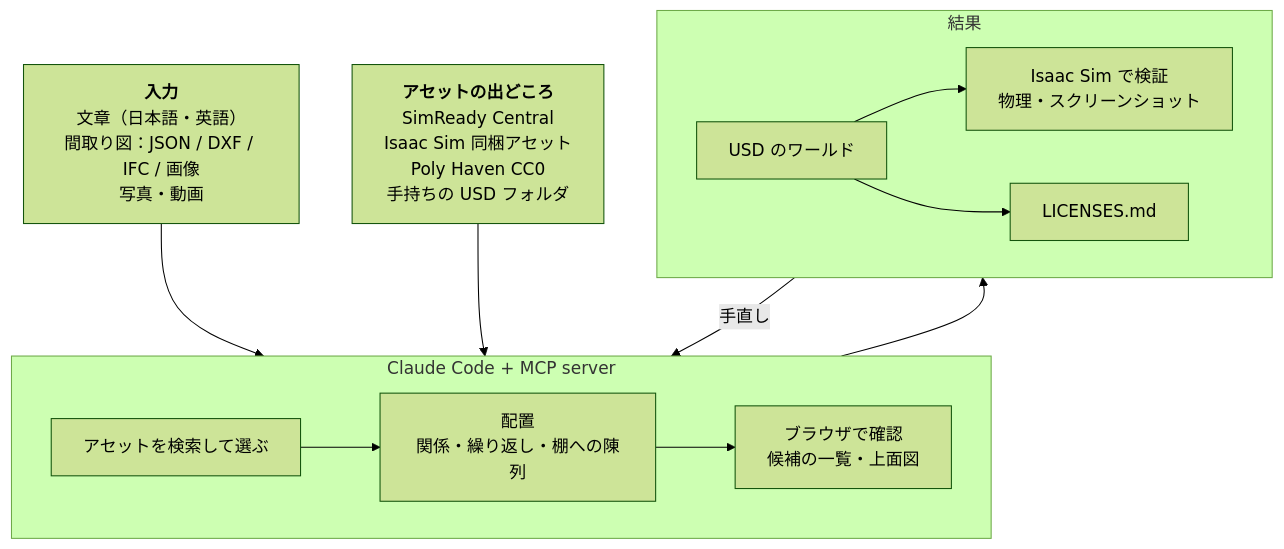
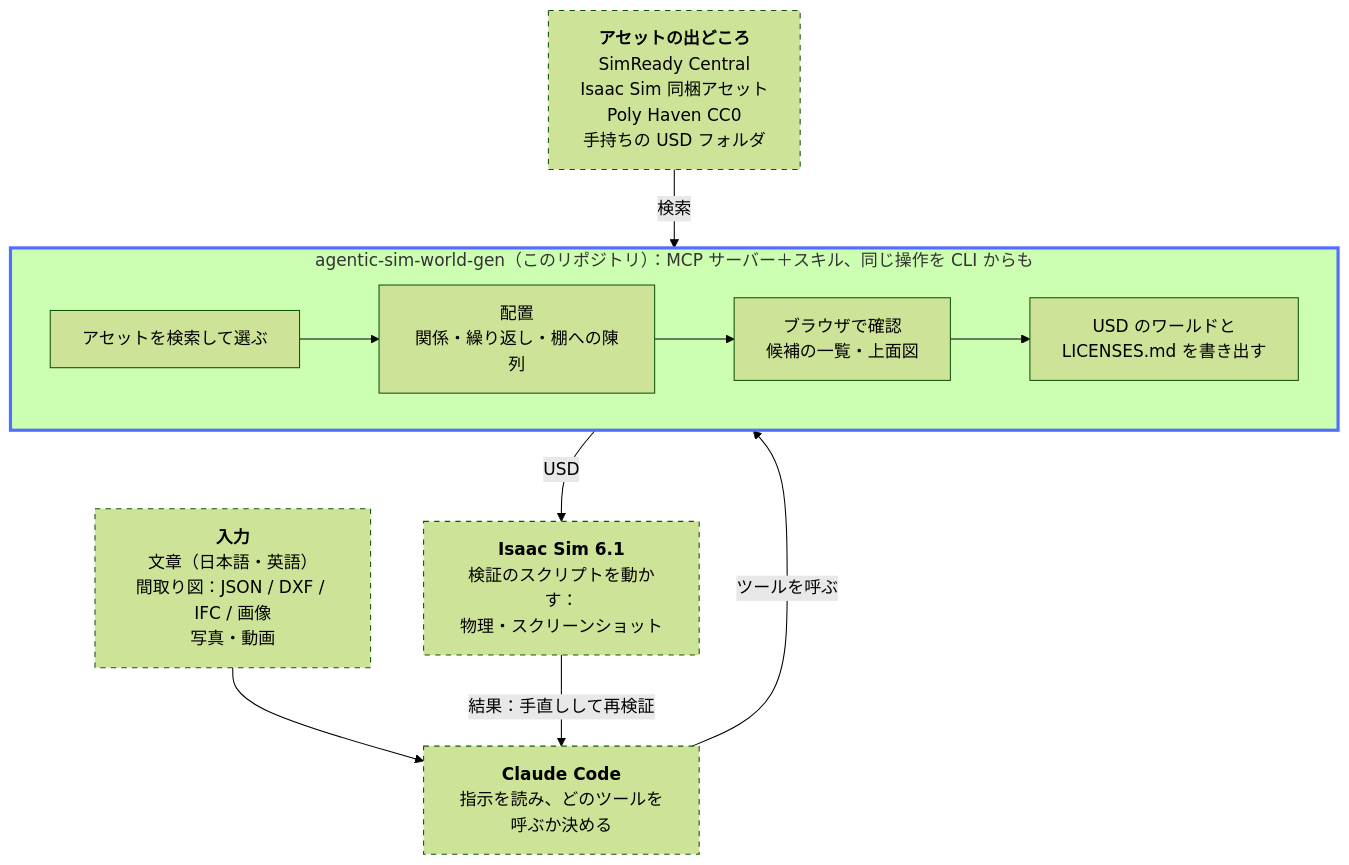
The diagram in README.ja.md (atinfinity/agentic-sim-world-gen), drawn with Mermaid (forest theme) before and after one commit. The commit also changed other lines of this file and 2 other files, not shown here.

Commit message:
README diagram: show which part is agentic-sim-world-gen (#23)
A thick frame for this repository (MCP server + skill, the same operations from the CLI: search, lay out,
review, write the USD and LICENSES.md); Claude Code, the input, the asset sources and Isaac Sim are dashed
boxes outside it. Both languages.

````diff
--- a/README.ja.md
+++ b/README.ja.md
@@ -8,18 +8,19 @@
 ```mermaid
 flowchart TB
   IN["<b>入力</b><br/>文章（日本語・英語）<br/>間取り図：JSON / DXF / IFC / 画像<br/>写真・動画"]
+  CC["<b>Claude Code</b><br/>指示を読み、どのツールを呼ぶか決める"]
+  subgraph WG["agentic-sim-world-gen（このリポジトリ）：MCP サーバー＋スキル、同じ操作を CLI からも"]
+    direction LR
+    S["アセットを検索して選ぶ"] --> L["配置<br/>関係・繰り返し・棚への陳列"] --> V["ブラウザで確認<br/>候補の一覧・上面図"] --> U["USD のワールドと<br/>LICENSES.md を書き出す"]
+  end
   SRC["<b>アセットの出どころ</b><br/>SimReady Central<br/>Isaac Sim 同梱アセット<br/>Poly Haven CC0<br/>手持ちの USD フォルダ"]
-  subgraph AG["Claude Code + MCP server"]
-    direction LR
-    S["アセットを検索して選ぶ"] --> L["配置<br/>関係・繰り返し・棚への陳列"] --> V["ブラウザで確認<br/>候補の一覧・上面図"]
-  end
-  subgraph OUT["結果"]
-    direction LR
-    U["USD のワールド"] --> C["Isaac Sim で検証<br/>物理・スクリーンショット"]
-    U --> LIC["LICENSES.md"]
-  end
-  IN --> AG
-  SRC --> AG
-  AG --> OUT
-  OUT -- "手直し" --> AG
+  ISAAC["<b>Isaac Sim 6.1</b><br/>検証のスクリプトを動かす：<br/>物理・スクリーンショット"]
+  IN --> CC
+  CC -- "ツールを呼ぶ" --> WG
+  SRC -- "検索" --> WG
+  WG -- "USD" --> ISAAC
+  ISAAC -- "結果：手直しして再検証" --> CC
+  style WG stroke:#536dfe,stroke-width:3px
+  classDef outside stroke-dasharray:5 5
+  class IN,CC,SRC,ISAAC outside
 ```
````
